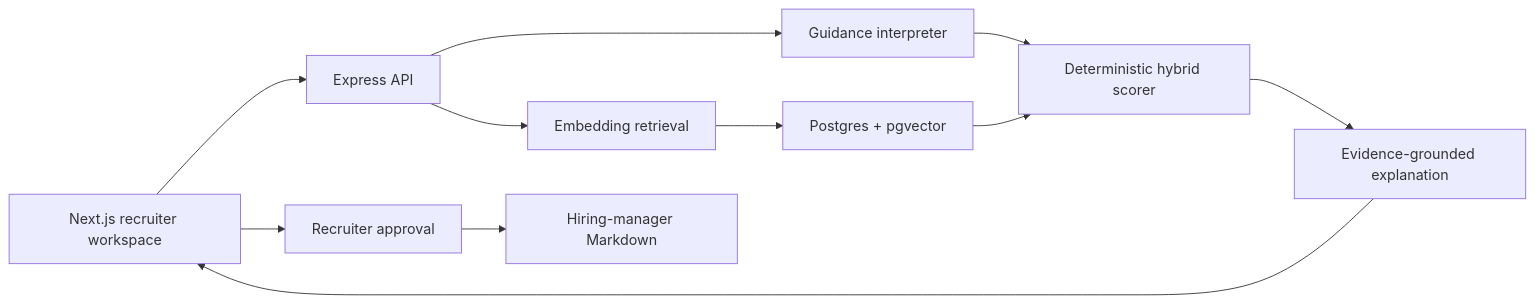
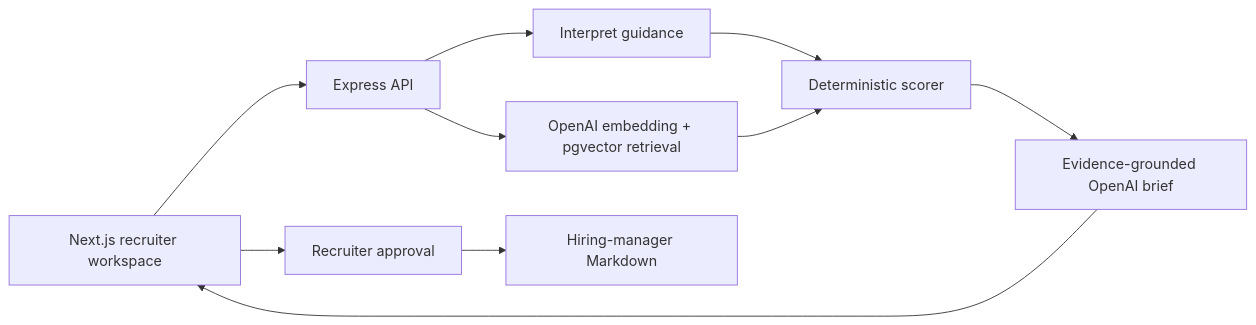
The diagram in README.md (sjcodebook/TASC-Recruiter-Intelligence), drawn with Mermaid before and after one commit. The commit also changed other lines of this file and 4 other files, not shown here.

````diff
--- a/README.md
+++ b/README.md
@@ -28,13 +27,12 @@
 ```mermaid
 flowchart LR
   UI["Next.js recruiter workspace"] --> API["Express API"]
-  API --> GUIDE["Guidance interpreter"]
-  API --> RETRIEVE["Embedding retrieval"]
-  RETRIEVE --> PG["Postgres + pgvector"]
-  GUIDE --> SCORE["Deterministic hybrid scorer"]
-  PG --> SCORE
-  SCORE --> EXPLAIN["Evidence-grounded explanation"]
+  API --> GUIDE["Interpret guidance"]
+  API --> RETRIEVE["OpenAI embedding + pgvector retrieval"]
+  GUIDE --> SCORE["Deterministic scorer"]
+  RETRIEVE --> SCORE
+  SCORE --> EXPLAIN["Evidence-grounded OpenAI brief"]
   EXPLAIN --> UI
   UI --> APPROVE["Recruiter approval"]
   APPROVE --> MD["Hiring-manager Markdown"]
 ```
````
